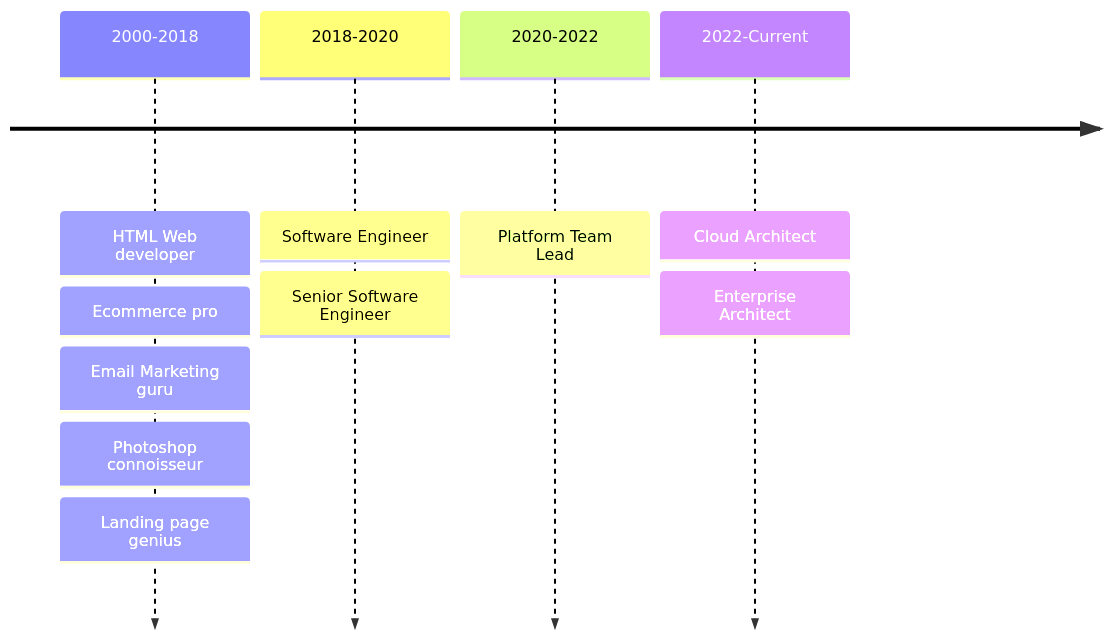
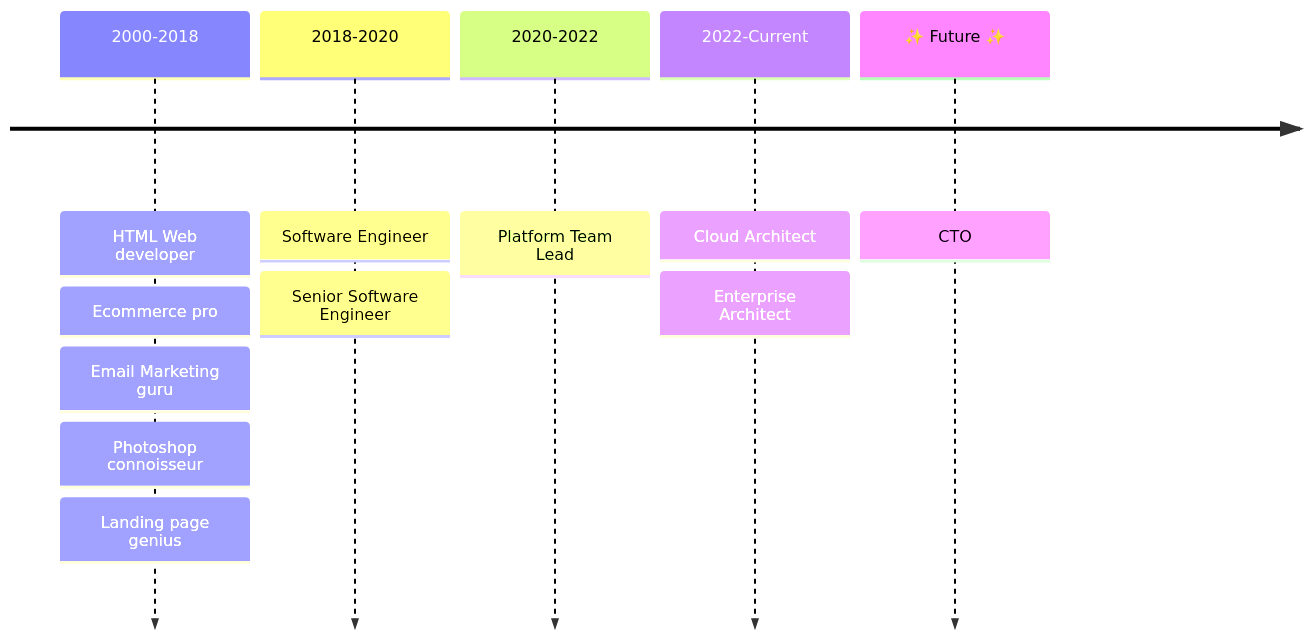
The second of 2 diagrams in README.md (leenattress/leenattress), drawn with Mermaid before and after one commit.

Commit message:
updated readme with latest details

````diff
--- a/README.md
+++ b/README.md
@@ -44,14 +44,15 @@
 ```mermaid
 timeline
     2000-2018    : HTML Web developer
                  : Ecommerce pro
                  : Email Marketing guru
                  : Photoshop connoisseur
                  : Landing page genius
     2018-2020    : Software Engineer
                  : Senior Software Engineer
     2020-2022    : Platform Team Lead
     2022-Current : Cloud Architect
-                 : Enterprise Architect    
+                 : Enterprise Architect
+    ✨ Future ✨  : CTO 
 
 ```
````
